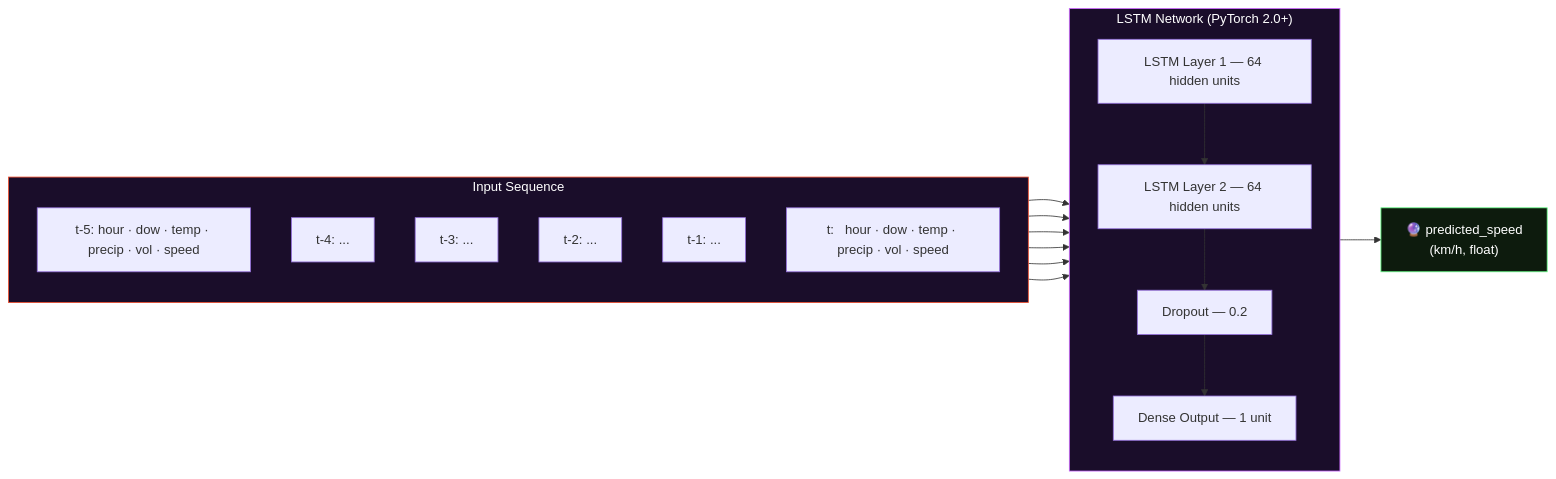
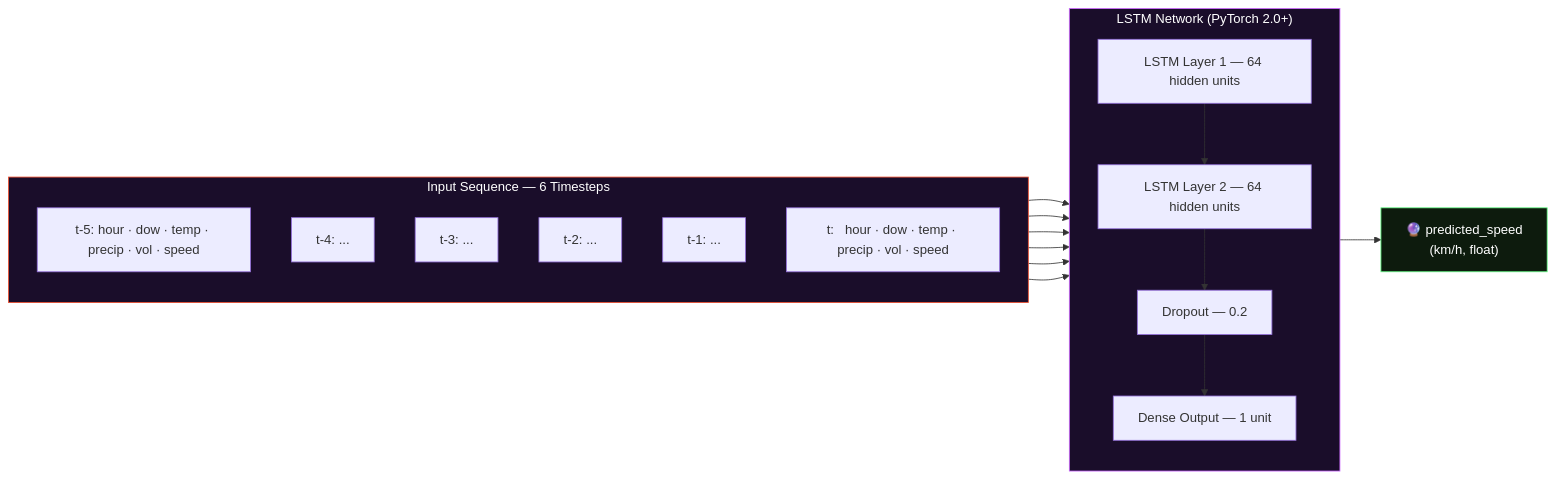
The fourth of 4 diagrams in README.md (LuthandoCandlovu/TrafficPrediction), drawn with Mermaid before and after one commit. The commit also changed other lines of this file, not shown here.

````diff
--- a/README.md
+++ b/README.md
@@ -213,30 +375,30 @@
 ```mermaid
 flowchart LR
-    subgraph SEQ["Input Sequence"]
+    subgraph SEQ["Input Sequence — 6 Timesteps"]
         direction TB
         T1["t-5: hour · dow · temp · precip · vol · speed"]
         T2["t-4: ..."]
         T3["t-3: ..."]
         T4["t-2: ..."]
         T5["t-1: ..."]
         T6["t:   hour · dow · temp · precip · vol · speed"]
     end
 
     subgraph NET["LSTM Network (PyTorch 2.0+)"]
         direction TB
         L1["LSTM Layer 1 — 64 hidden units"]
         L2["LSTM Layer 2 — 64 hidden units"]
         D["Dropout — 0.2"]
         FC["Dense Output — 1 unit"]
     end
 
     OUT["🔮 predicted_speed
     (km/h, float)"]
 
     T1 & T2 & T3 & T4 & T5 & T6 --> L1
     L1 --> L2 --> D --> FC --> OUT
 
     style SEQ fill:#1a0d2a,stroke:#EE4C2C,color:#fff
     style NET fill:#1a0d2a,stroke:#cc66ff,color:#fff
     style OUT fill:#0d1b0d,stroke:#66ff88,color:#fff
 ```
````
